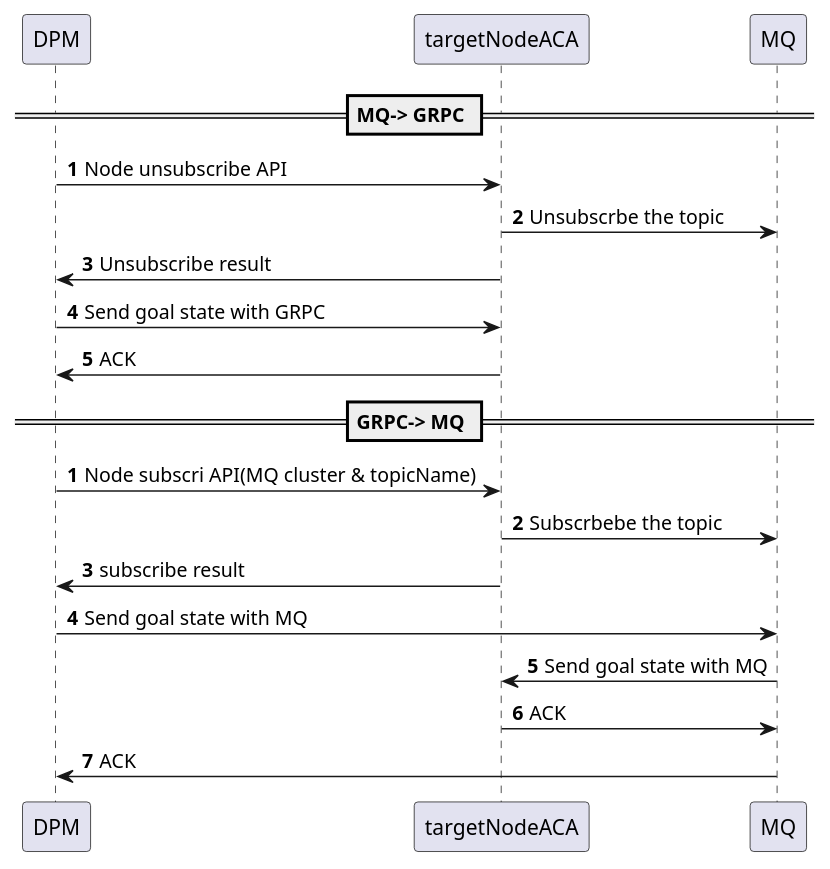
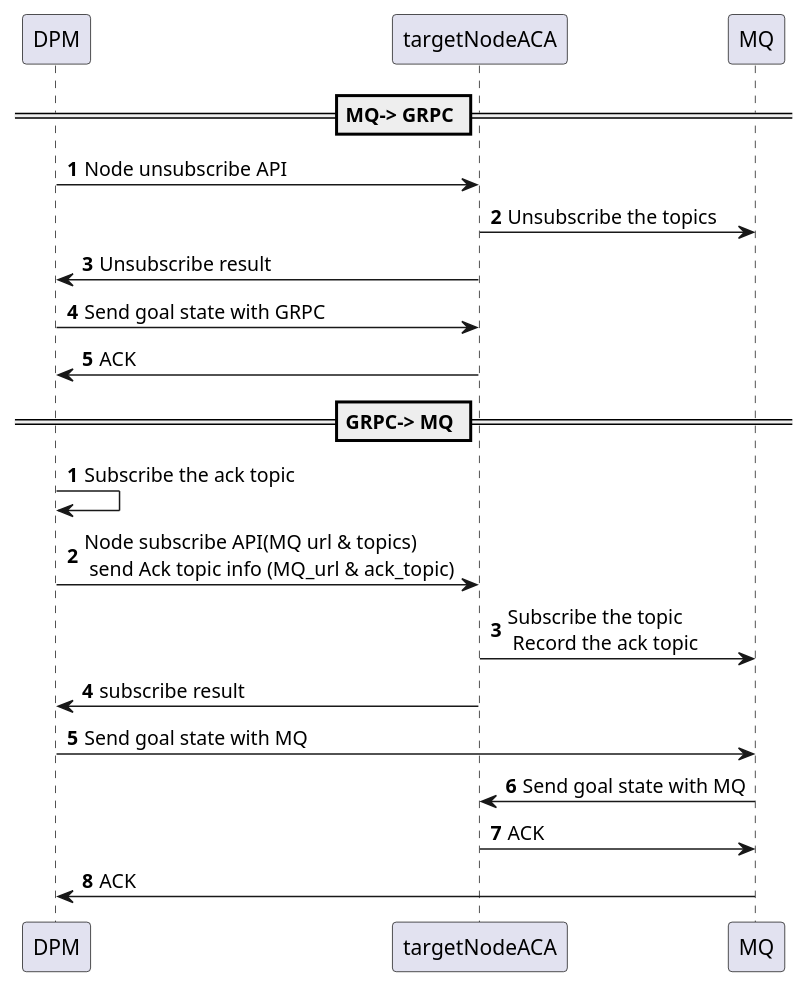
The diagram in docs/modules/ROOT/workflows/MQSubscription.puml (futurewei-cloud/alcor), drawn with PlantUML before and after one commit. The commit also changed 7 other files, not shown here.

```diff
--- a/docs/modules/ROOT/workflows/MQSubscription.puml
+++ b/docs/modules/ROOT/workflows/MQSubscription.puml
@@ -1,48 +1,49 @@
 @startuml
 'https://plantuml.com/sequence-diagram
 
 == MQ-> GRPC ==
 autonumber
 
 'DPM <-> VPCM: VPC info query
 'DPM ->NM: Query whether target node subscript vpc topic or not
 'NM ->DPM: Yes
 DPM -> targetNodeACA: Node unsubscribe API
-targetNodeACA -> MQ: Unsubscrbe the topic
+targetNodeACA -> MQ: Unsubscribe the topics
 targetNodeACA -> DPM: Unsubscribe result
 DPM -> targetNodeACA: Send goal state with GRPC
 targetNodeACA -> DPM: ACK
 
 == GRPC-> MQ ==
 autonumber
 
 'DPM <-> VPCM: VPC info query
 'DPM ->NM: Query whether target node subscript vpc topic or not
 'NM ->DPM: NO
-DPM -> targetNodeACA: Node subscri API(MQ cluster & topicName)
-targetNodeACA -> MQ: Subscrbebe the topic
+DPM ->DPM: Subscribe the ack topic
+DPM -> targetNodeACA: Node subscribe API(MQ url & topics)\n send Ack topic info (MQ_url & ack_topic)
+targetNodeACA -> MQ: Subscribe the topic \n Record the ack topic
 targetNodeACA -> DPM: subscribe result
 DPM -> MQ: Send goal state with MQ
 MQ -> targetNodeACA: Send goal state with MQ
 targetNodeACA -> MQ: ACK
 MQ -> DPM: ACK
 
 
 '== keep GRPC ==
 'autonumber
 '
 'DPM <-> VPCM: VPC info query
 'DPM ->NM: Query whether target node subscript vpc topic or not
 'NM ->DPM: NO
 'DPM -> targetNode: Send goal state with GRPC
 '
 '== keep MQ ==
 'autonumber
 '
 'DPM <-> VPCM: VPC info query
 'DPM ->NM: Query whether target node subscript vpc topic or not
 'NM ->DPM: Yes
 'DPM -> targetNode: Send goal state with MQ
 
 
 @enduml
```
